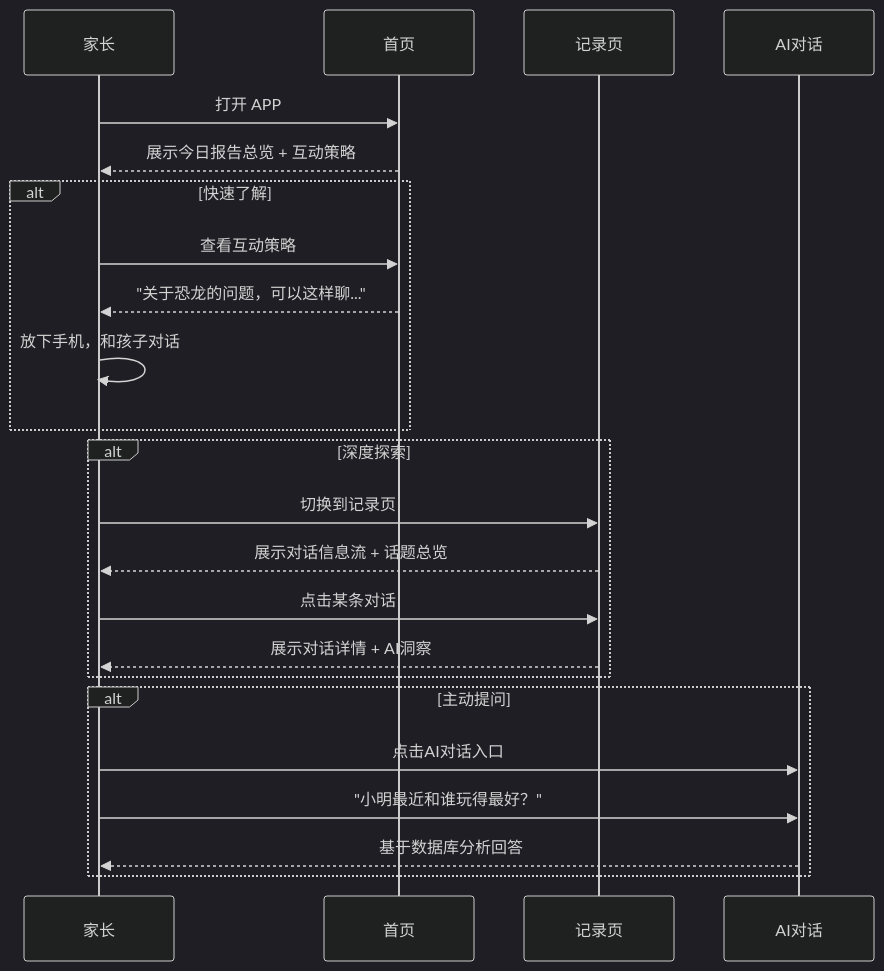
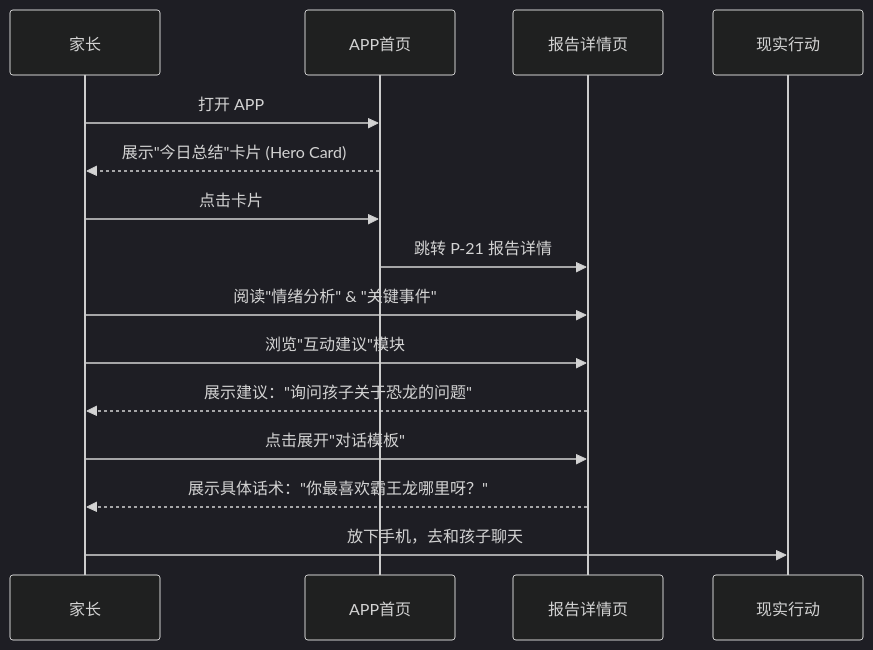
Before and after one commit to YZxyzz/Little-star: the second of 3 diagrams in docs/07-app-design/03-information-architecture.md, drawn with Mermaid (dark theme). The commit also changed other lines of this file and 4 other files, not shown here.

````diff
--- a/docs/07-app-design/03-information-architecture.md
+++ b/docs/07-app-design/03-information-architecture.md
@@ -347,29 +193,18 @@
 ```mermaid
 sequenceDiagram
     participant User as 家长
-    participant Home as 首页
-    participant Records as 记录页
-    participant AI as AI对话
+    participant App as APP首页
+    participant Detail as 报告详情页
+    participant Action as 现实行动
 
-    User->>Home: 打开 APP
-    Home-->>User: 展示今日报告总览 + 互动策略
-    
-    alt 快速了解
-        User->>Home: 查看互动策略
-        Home-->>User: "关于恐龙的问题，可以这样聊..."
-        User->>User: 放下手机，和孩子对话
-    end
-    
-    alt 深度探索
-        User->>Records: 切换到记录页
-        Records-->>User: 展示对话信息流 + 话题总览
-        User->>Records: 点击某条对话
-        Records-->>User: 展示对话详情 + AI洞察
-    end
-    
-    alt 主动提问
-        User->>AI: 点击AI对话入口
-        User->>AI: "小明最近和谁玩得最好？"
-        AI-->>User: 基于数据库分析回答
-    end
+    User->>App: 打开 APP
+    App-->>User: 展示"今日总结"卡片 (Hero Card)
+    User->>App: 点击卡片
+    App->>Detail: 跳转 P-21 报告详情
+    User->>Detail: 阅读"情绪分析" & "关键事件"
+    User->>Detail: 浏览"互动建议"模块
+    Detail-->>User: 展示建议："询问孩子关于恐龙的问题"
+    User->>Detail: 点击展开"对话模板"
+    Detail-->>User: 展示具体话术："你最喜欢霸王龙哪里呀？"
+    User->>Action: 放下手机，去和孩子聊天
 ```
````
